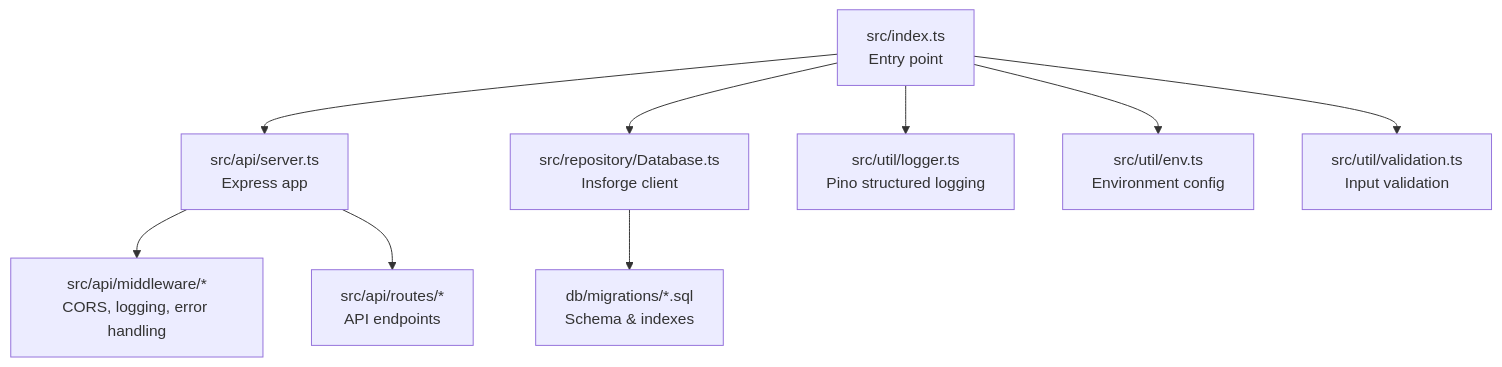
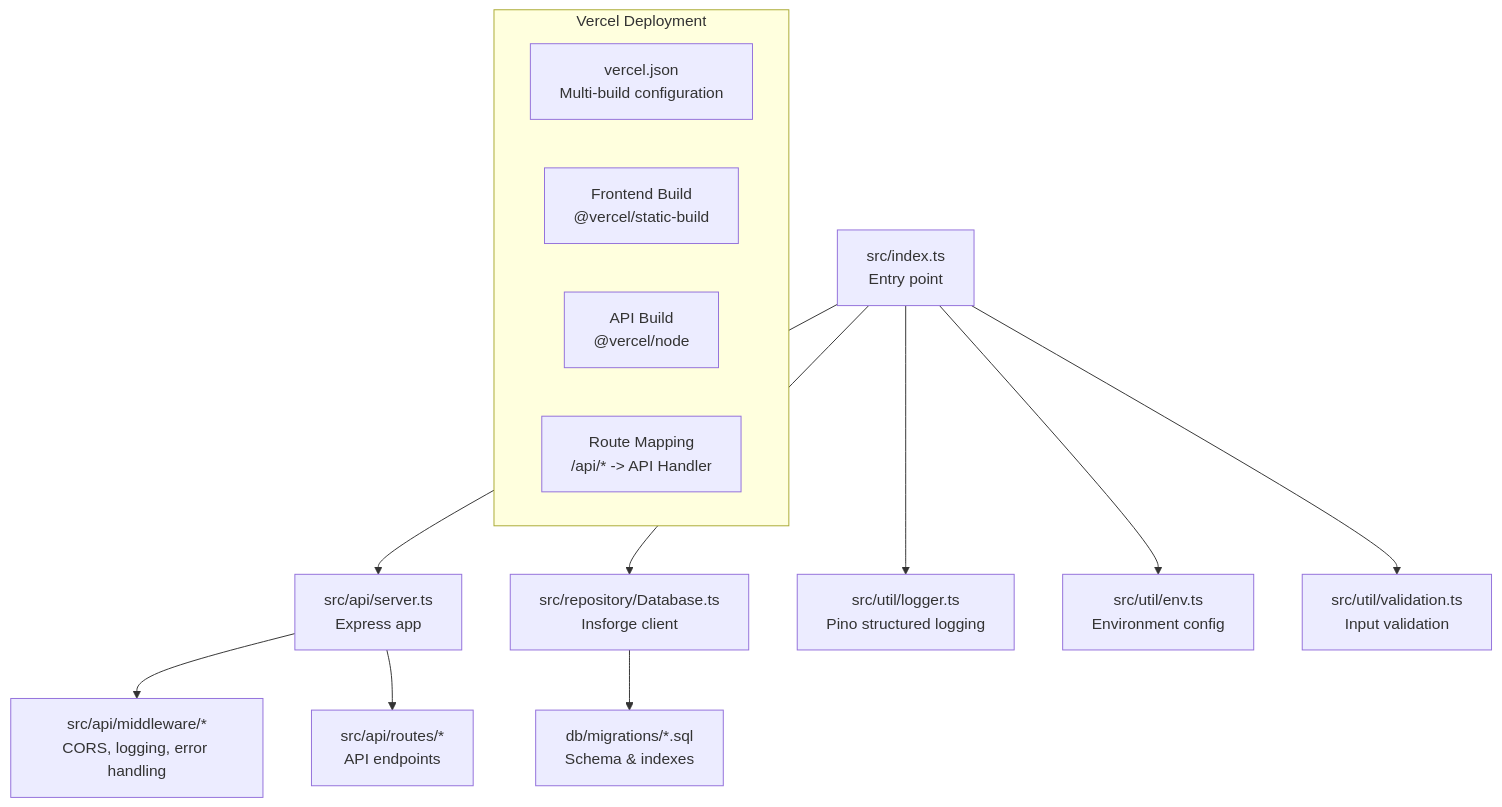
Before and after one commit to vishnusaibhosekar/ares: the first of 6 diagrams in .qoder/repowiki/en/content/Deployment & Operations.md, drawn with Mermaid. The commit also changed other lines of this file and 6 other files, not shown here.

````diff
--- a/.qoder/repowiki/en/content/Deployment & Operations.md
+++ b/.qoder/repowiki/en/content/Deployment & Operations.md
@@ -68,11 +68,17 @@
 ```mermaid
 graph TB
 A["src/index.ts<br/>Entry point"] --> B["src/api/server.ts<br/>Express app"]
 B --> C["src/api/middleware/*<br/>CORS, logging, error handling"]
 B --> D["src/api/routes/*<br/>API endpoints"]
 A --> E["src/repository/Database.ts<br/>Insforge client"]
 E --> F["db/migrations/*.sql<br/>Schema & indexes"]
 A --> G["src/util/logger.ts<br/>Pino structured logging"]
 A --> H["src/util/env.ts<br/>Environment config"]
 A --> I["src/util/validation.ts<br/>Input validation"]
+subgraph "Vercel Deployment"
+V1["vercel.json<br/>Multi-build configuration"]
+V2["Frontend Build<br/>@vercel/static-build"]
+V3["API Build<br/>@vercel/node"]
+V4["Route Mapping<br/>/api/* -> API Handler"]
+end
 ```
````
